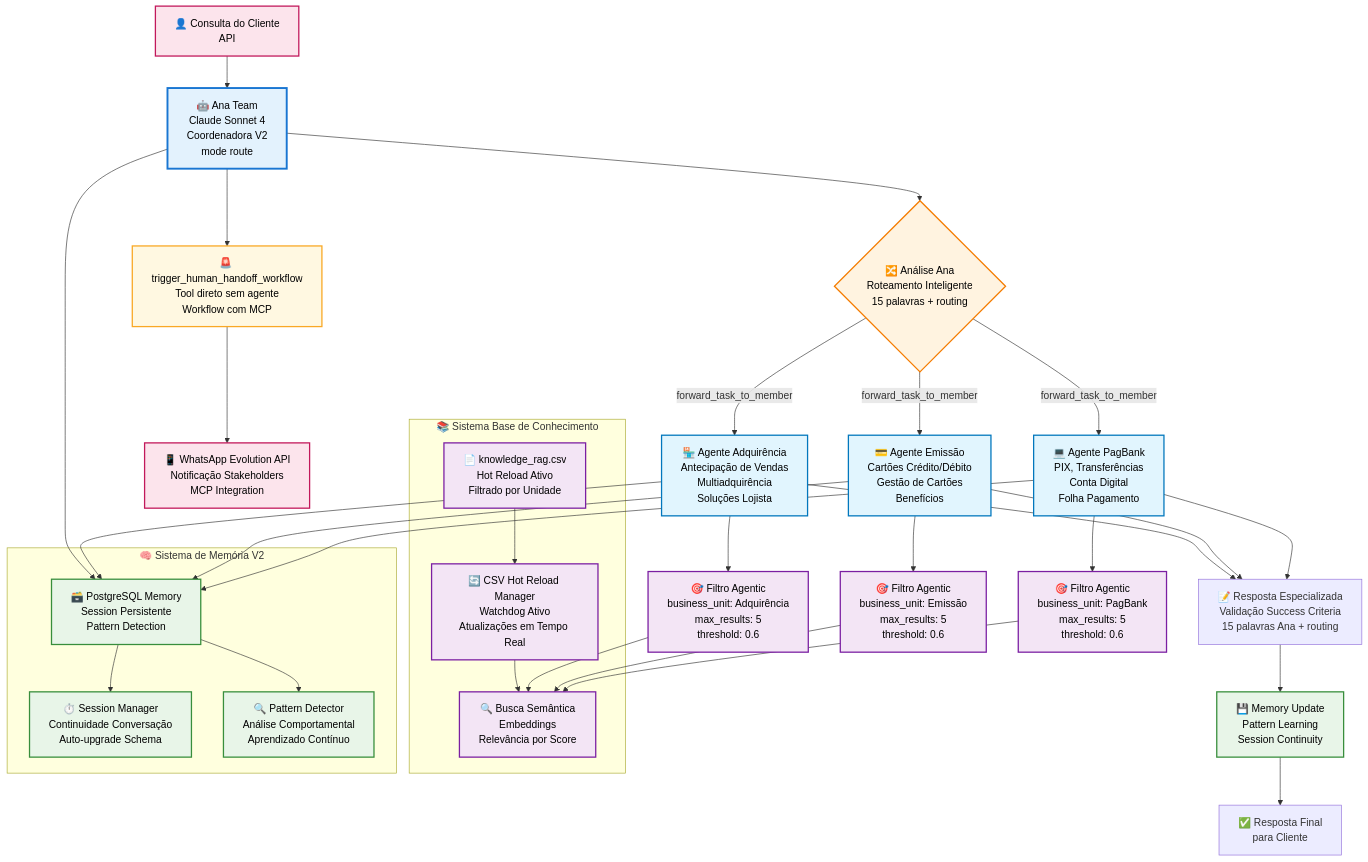
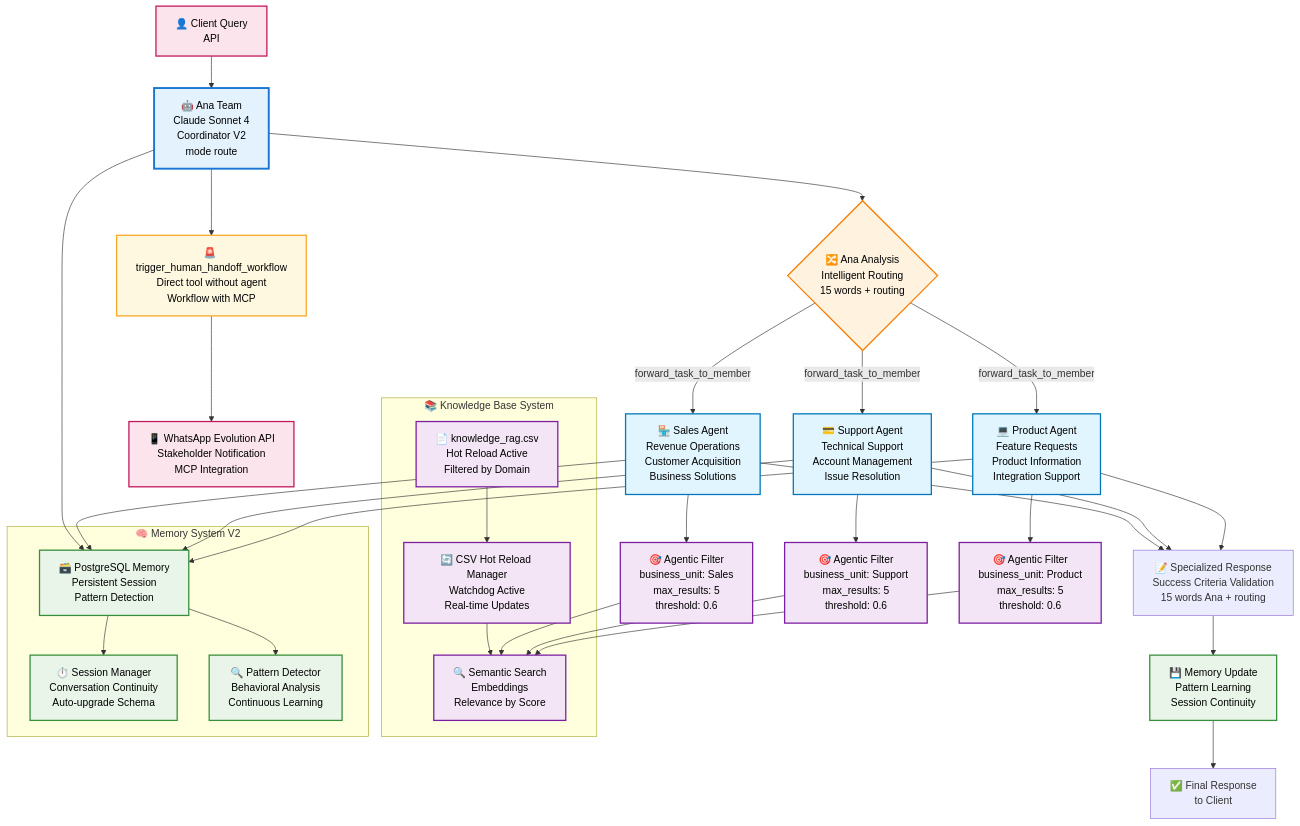
Before and after one commit to namastexlabs/automagik-hive: the diagram in README.md, drawn with Mermaid. The commit also changed other lines of this file and 58 other files, not shown here.

````diff
--- a/README.md
+++ b/README.md
@@ -9,80 +9,80 @@
 ```mermaid
 graph TB
-    %% Ponto de Entrada do Cliente
-    Customer[👤 Consulta do Cliente<br/>API] --> Ana
+    %% Client Entry Point
+    Customer[👤 Client Query<br/>API] --> Ana
 
-    %% Ana Coordenadora Central
-    Ana[🤖 Ana Team<br/>Claude Sonnet 4<br/>Coordenadora V2<br/>mode route]
+    %% Ana Central Coordinator
+    Ana[🤖 Ana Team<br/>Claude Sonnet 4<br/>Coordinator V2<br/>mode route]
     
-    %% Decisão de Roteamento Ana
-    Ana --> Routing{🔀 Análise Ana<br/>Roteamento Inteligente<br/>15 palavras + routing}
+    %% Ana Routing Decision
+    Ana --> Routing{🔀 Ana Analysis<br/>Intelligent Routing<br/>15 words + routing}
     
-    %% Escalação Humana via Workflow
-    Ana --> HumanWorkflow[🚨 trigger_human_handoff_workflow<br/>Tool direto sem agente<br/>Workflow com MCP]
-    HumanWorkflow --> WhatsApp[📱 WhatsApp Evolution API<br/>Notificação Stakeholders<br/>MCP Integration]
+    %% Human Escalation via Workflow
+    Ana --> HumanWorkflow[🚨 trigger_human_handoff_workflow<br/>Direct tool without agent<br/>Workflow with MCP]
+    HumanWorkflow --> WhatsApp[📱 WhatsApp Evolution API<br/>Stakeholder Notification<br/>MCP Integration]
     
-    %% Agentes Especializados por Unidade
-    Routing -->|forward_task_to_member| AdquirenciaAgent[🏪 Agente Adquirência<br/>Antecipação de Vendas<br/>Multiadquirência<br/>Soluções Lojista]
-    Routing -->|forward_task_to_member| EmissaoAgent[💳 Agente Emissão<br/>Cartões Crédito/Débito<br/>Gestão de Cartões<br/>Benefícios]
-    Routing -->|forward_task_to_member| PagBankAgent[💻 Agente PagBank<br/>PIX, Transferências<br/>Conta Digital<br/>Folha Pagamento]
+    %% Specialized Agents by Domain
+    Routing -->|forward_task_to_member| SalesAgent[🏪 Sales Agent<br/>Revenue Operations<br/>Customer Acquisition<br/>Business Solutions]
+    Routing -->|forward_task_to_member| SupportAgent[💳 Support Agent<br/>Technical Support<br/>Account Management<br/>Issue Resolution]
+    Routing -->|forward_task_to_member| ProductAgent[💻 Product Agent<br/>Feature Requests<br/>Product Information<br/>Integration Support]
     
-    %% Sistema Base de Conhecimento com Hot Reload
-    subgraph Knowledge[📚 Sistema Base de Conhecimento]
-        CSV[📄 knowledge_rag.csv<br/>Hot Reload Ativo<br/>Filtrado por Unidade]
-        HotReload[🔄 CSV Hot Reload Manager<br/>Watchdog Ativo<br/>Atualizações em Tempo Real]
-        Vector[🔍 Busca Semântica<br/>Embeddings<br/>Relevância por Score]
+    %% Knowledge Base System with Hot Reload
+    subgraph Knowledge[📚 Knowledge Base System]
+        CSV[📄 knowledge_rag.csv<br/>Hot Reload Active<br/>Filtered by Domain]
+        HotReload[🔄 CSV Hot Reload Manager<br/>Watchdog Active<br/>Real-time Updates]
+        Vector[🔍 Semantic Search<br/>Embeddings<br/>Relevance by Score]
         CSV --> HotReload
         HotReload --> Vector
     end
     
-    %% Filtragem Agentic por Unidade
-    AdquirenciaAgent --> Filter1[🎯 Filtro Agentic<br/>business_unit: Adquirência<br/>max_results: 5<br/>threshold: 0.6]
-    EmissaoAgent --> Filter2[🎯 Filtro Agentic<br/>business_unit: Emissão<br/>max_results: 5<br/>threshold: 0.6]
-    PagBankAgent --> Filter3[🎯 Filtro Agentic<br/>business_unit: PagBank<br/>max_results: 5<br/>threshold: 0.6]
+    %% Agentic Filtering by Domain
+    SalesAgent --> Filter1[🎯 Agentic Filter<br/>business_unit: Sales<br/>max_results: 5<br/>threshold: 0.6]
+    SupportAgent --> Filter2[🎯 Agentic Filter<br/>business_unit: Support<br/>max_results: 5<br/>threshold: 0.6]
+    ProductAgent --> Filter3[🎯 Agentic Filter<br/>business_unit: Product<br/>max_results: 5<br/>threshold: 0.6]
     
-    %% Consultas de Conhecimento
+    %% Knowledge Queries
     Filter1 --> Vector
     Filter2 --> Vector
     Filter3 --> Vector
     
-    %% Sistema de Memória PostgreSQL + Session
-    subgraph Memory[🧠 Sistema de Memória V2]
-        PostgresMemory[🗃️ PostgreSQL Memory<br/>Session Persistente<br/>Pattern Detection]
-        SessionMgmt[⏱️ Session Manager<br/>Continuidade Conversação<br/>Auto-upgrade Schema]
-        PatternDetect[🔍 Pattern Detector<br/>Análise Comportamental<br/>Aprendizado Contínuo]
+    %% PostgreSQL + Session Memory System
+    subgraph Memory[🧠 Memory System V2]
+        PostgresMemory[🗃️ PostgreSQL Memory<br/>Persistent Session<br/>Pattern Detection]
+        SessionMgmt[⏱️ Session Manager<br/>Conversation Continuity<br/>Auto-upgrade Schema]
+        PatternDetect[🔍 Pattern Detector<br/>Behavioral Analysis<br/>Continuous Learning]
     end
     
-    %% Integração de Memória com Agentes
+    %% Memory Integration with Agents
     Ana --> PostgresMemory
-    AdquirenciaAgent --> PostgresMemory
-    EmissaoAgent --> PostgresMemory
-    PagBankAgent --> PostgresMemory
+    SalesAgent --> PostgresMemory
+    SupportAgent --> PostgresMemory
+    ProductAgent --> PostgresMemory
     
     PostgresMemory --> SessionMgmt
     PostgresMemory --> PatternDetect
     
-    %% Fluxo de Resposta com Success Criteria
-    AdquirenciaAgent --> Response[📝 Resposta Especializada<br/>Validação Success Criteria<br/>15 palavras Ana + routing]
-    EmissaoAgent --> Response
-    PagBankAgent --> Response
+    %% Response Flow with Success Criteria
+    SalesAgent --> Response[📝 Specialized Response<br/>Success Criteria Validation<br/>15 words Ana + routing]
+    SupportAgent --> Response
+    ProductAgent --> Response
     
     Response --> MemoryUpdate[💾 Memory Update<br/>Pattern Learning<br/>Session Continuity]
-    MemoryUpdate --> FinalResponse[✅ Resposta Final<br/>para Cliente]
+    MemoryUpdate --> FinalResponse[✅ Final Response<br/>to Client]
     
     %% Styling
     classDef ana fill:#e3f2fd,stroke:#1976d2,stroke-width:3px,color:#000000
     classDef agent fill:#e1f5fe,stroke:#0277bd,stroke-width:2px,color:#000000
     classDef knowledge fill:#f3e5f5,stroke:#7b1fa2,stroke-width:2px,color:#000000
     classDef memory fill:#e8f5e8,stroke:#388e3c,stroke-width:2px,color:#000000
     classDef decision fill:#fff3e0,stroke:#f57c00,stroke-width:2px,color:#000000
     classDef workflow fill:#fff8e1,stroke:#f9a825,stroke-width:2px,color:#000000
     classDef external fill:#fce4ec,stroke:#c2185b,stroke-width:2px,color:#000000
     
     class Ana ana
-    class AdquirenciaAgent,EmissaoAgent,PagBankAgent agent
+    class SalesAgent,SupportAgent,ProductAgent agent
     class CSV,Vector,Filter1,Filter2,Filter3,HotReload knowledge
     class PostgresMemory,PatternDetect,SessionMgmt,MemoryUpdate memory
     class Routing decision
     class HumanWorkflow workflow
     class WhatsApp,Customer external
 ```
````
